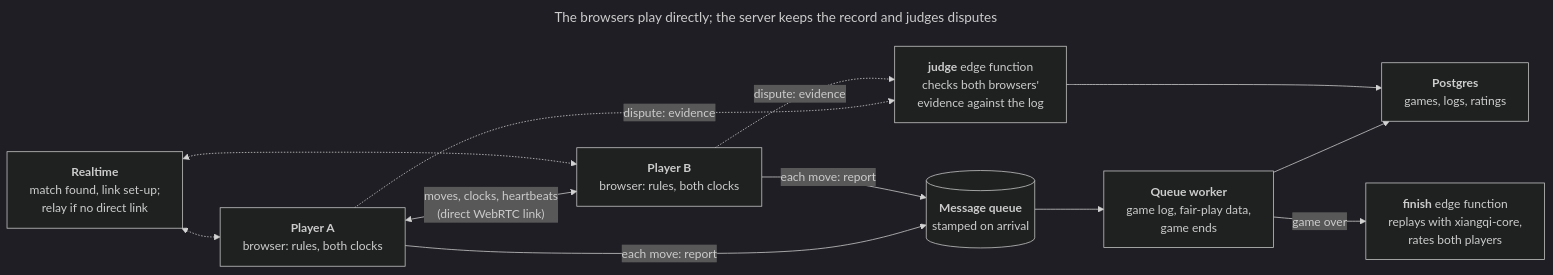
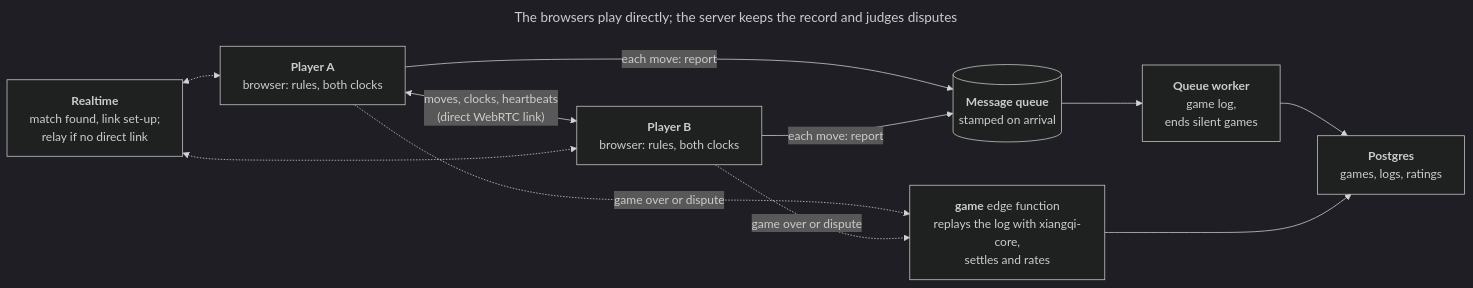
The third of 3 diagrams in docs/v0.3-online-design.md (jetzhu/xiangqi), drawn with Mermaid (dark theme) before and after one commit. The commit also changed other lines of this file and 28 other files, not shown here.

First line of the commit message:
M16: Play a friend: challenge links, the game page over a direct WebRTC link or the relay, reports to the queue, settled and rated by the server

````diff
--- a/docs/v0.3-online-design.md
+++ b/docs/v0.3-online-design.md
@@ -284,17 +284,16 @@
 ```mermaid
 ---
 title: The browsers play directly; the server keeps the record and judges disputes
 ---
 flowchart LR
   a["<b>Player A</b><br/>browser: rules, both clocks"] <-- "moves, clocks, heartbeats<br/>(direct WebRTC link)" --> b["<b>Player B</b><br/>browser: rules, both clocks"]
   a -- "each move: report" --> q[("<b>Message queue</b><br/>stamped on arrival")]
   b -- "each move: report" --> q
-  q --> w["<b>Queue worker</b><br/>game log, fair-play data,<br/>game ends"]
+  q --> w["<b>Queue worker</b><br/>game log,<br/>ends silent games"]
   w --> db["<b>Postgres</b><br/>games, logs, ratings"]
-  w -- "game over" --> fin["<b>finish</b> edge function<br/>replays with xiangqi-core,<br/>rates both players"]
-  a -. "dispute: evidence" .-> judge["<b>judge</b> edge function<br/>checks both browsers'<br/>evidence against the log"]
-  b -. "dispute: evidence" .-> judge
-  judge --> db
+  a -. "game over or dispute" .-> fn["<b>game</b> edge function<br/>replays the log with xiangqi-core,<br/>settles and rates"]
+  b -. "game over or dispute" .-> fn
+  fn --> db
   rt["<b>Realtime</b><br/>match found, link set-up;<br/>relay if no direct link"] <-.-> a
   rt <-.-> b
 ```
````
